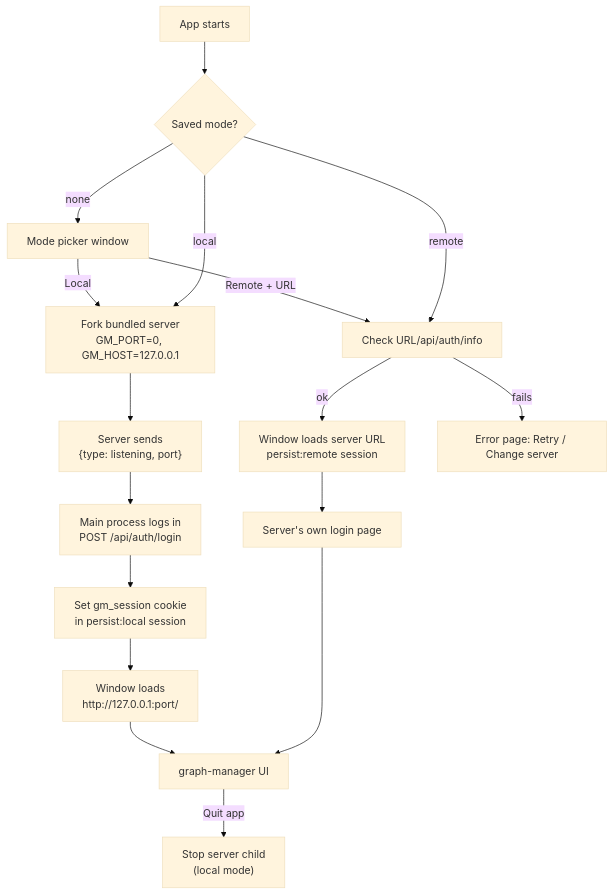
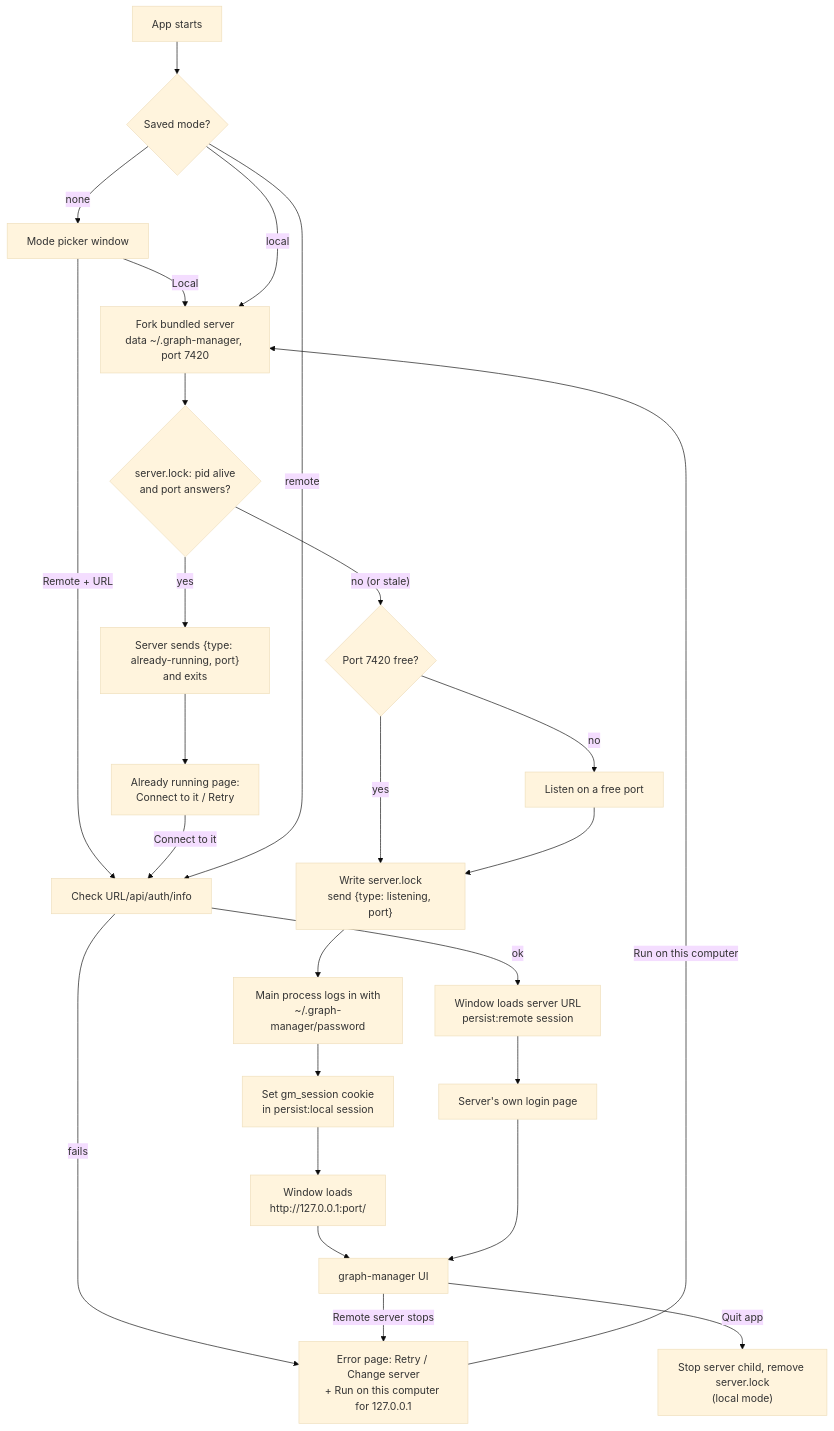
One commit to romm0109/graph-execution changed the diagram in docs/prd/desktop-app.md. Above: the diagram before and after it, drawn with Mermaid (base theme). The commit also changed other lines of this file and 8 other files, not shown here.

Commit message:
docs: KAN-86 desktop app — shared data dir, port fallback, server lock; tasks in .agents/tasks/desktop-app

````diff
--- a/docs/prd/desktop-app.md
+++ b/docs/prd/desktop-app.md
@@ -23,19 +26,28 @@
 ```mermaid
 flowchart TD
     A[App starts] --> B{"Saved mode?"}
     B -- none --> C["Mode picker window"]
     C -- Local --> D
     C -- "Remote + URL" --> R
-    B -- local --> D["Fork bundled server<br/>GM_PORT=0, GM_HOST=127.0.0.1"]
-    D --> E["Server sends<br/>{type: listening, port}"]
-    E --> F["Main process logs in<br/>POST /api/auth/login"]
+    B -- local --> D["Fork bundled server<br/>data ~/.graph-manager, port 7420"]
+    D --> L{"server.lock: pid alive<br/>and port answers?"}
+    L -- yes --> X["Server sends {type: already-running, port}<br/>and exits"]
+    X --> Y["Already running page:<br/>Connect to it / Retry"]
+    Y -- "Connect to it" --> R
+    L -- "no (or stale)" --> P{"Port 7420 free?"}
+    P -- yes --> E
+    P -- no --> P2["Listen on a free port"]
+    P2 --> E["Write server.lock<br/>send {type: listening, port}"]
+    E --> F["Main process logs in with<br/>~/.graph-manager/password"]
     F --> G["Set gm_session cookie<br/>in persist:local session"]
     G --> H["Window loads<br/>http://127.0.0.1:port/"]
     B -- remote --> R["Check URL/api/auth/info"]
     R -- ok --> S["Window loads server URL<br/>persist:remote session"]
-    R -- fails --> T["Error page: Retry / Change server"]
+    R -- fails --> T["Error page: Retry / Change server<br/>+ Run on this computer for 127.0.0.1"]
+    T -- "Run on this computer" --> D
     S --> U["Server's own login page"]
     H --> V[graph-manager UI]
     U --> V
-    V -- "Quit app" --> W["Stop server child<br/>(local mode)"]
+    V -- "Remote server stops" --> T
+    V -- "Quit app" --> W["Stop server child, remove server.lock<br/>(local mode)"]
 ```
````
